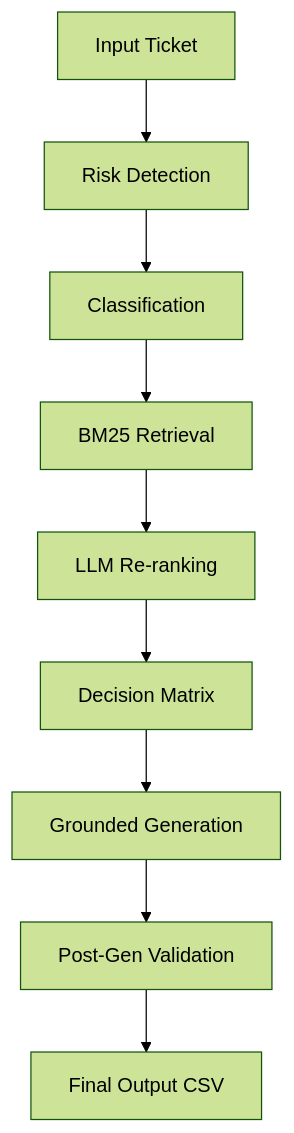
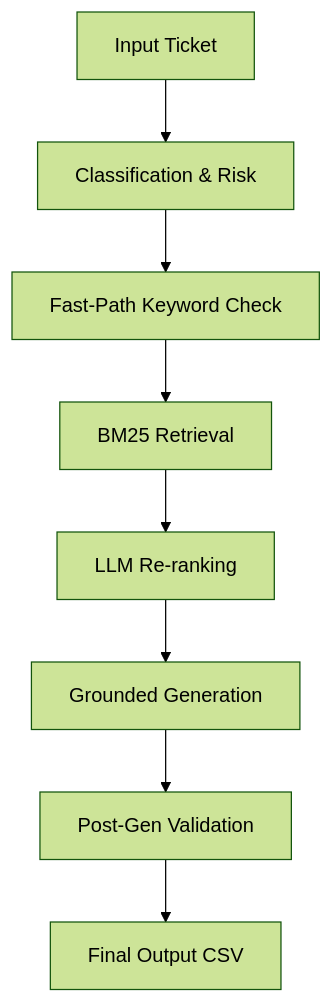
The diagram in README.md (pavan939111/HackerRank), drawn with Mermaid (forest theme) before and after one commit. The commit also changed other lines of this file and 3 other files, not shown here.

````diff
--- a/README.md
+++ b/README.md
@@ -17,11 +17,10 @@
 ```mermaid
 graph TD
-    A[Input Ticket] --> B[Risk Detection]
-    B --> C[Classification]
+    A[Input Ticket] --> B[Classification & Risk]
+    B --> C[Fast-Path Keyword Check]
     C --> D[BM25 Retrieval]
     D --> E[LLM Re-ranking]
-    E --> F[Decision Matrix]
-    F --> G[Grounded Generation]
-    G --> H[Post-Gen Validation]
-    H --> I[Final Output CSV]
+    E --> F[Grounded Generation]
+    F --> G[Post-Gen Validation]
+    G --> H[Final Output CSV]
 ```
````
